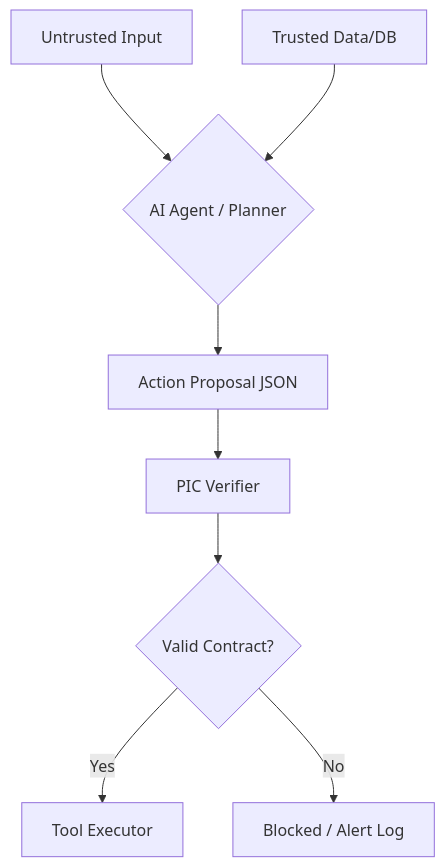
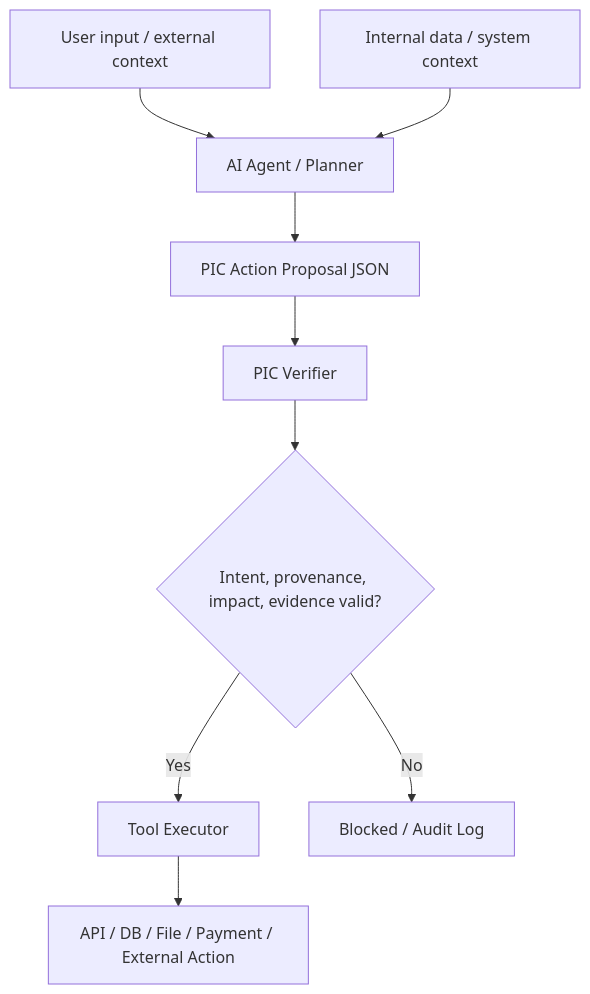
The first of 2 diagrams in README.md (pic-standard/pic-standard), drawn with Mermaid before and after one commit. The commit also changed other lines of this file and 4 other files, not shown here.

````diff
--- a/README.md
+++ b/README.md
@@ -124,10 +124,11 @@
 ```mermaid
 graph TD
-    A[Untrusted Input] --> B{AI Agent / Planner}
-    C[Trusted Data/DB] --> B
-    B --> D[Action Proposal JSON]
+    A[User input / external context] --> B[AI Agent / Planner]
+    C[Internal data / system context] --> B
+    B --> D[PIC Action Proposal JSON]
     D --> E[PIC Verifier]
-    E --> F{Valid Contract?}
+    E --> F{Intent, provenance, impact, evidence valid?}
     F -- Yes --> G[Tool Executor]
-    F -- No --> H[Blocked / Alert Log]
+    F -- No --> H[Blocked / Audit Log]
+    G --> I[API / DB / File / Payment / External Action]
 ```
````
